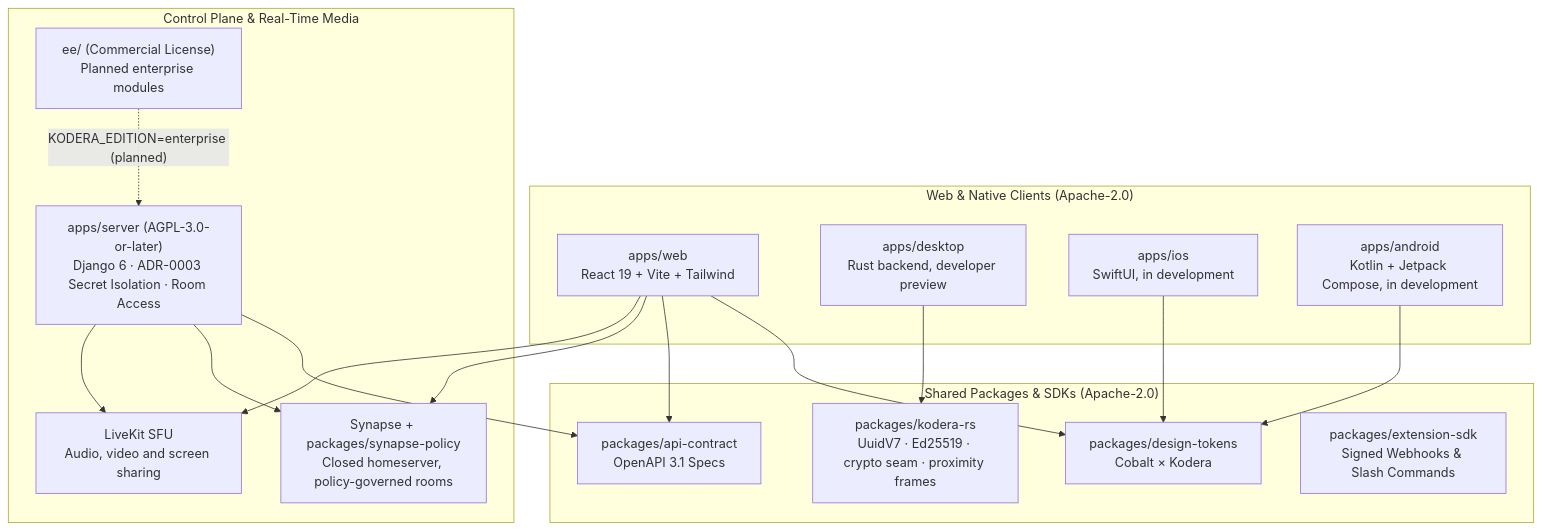
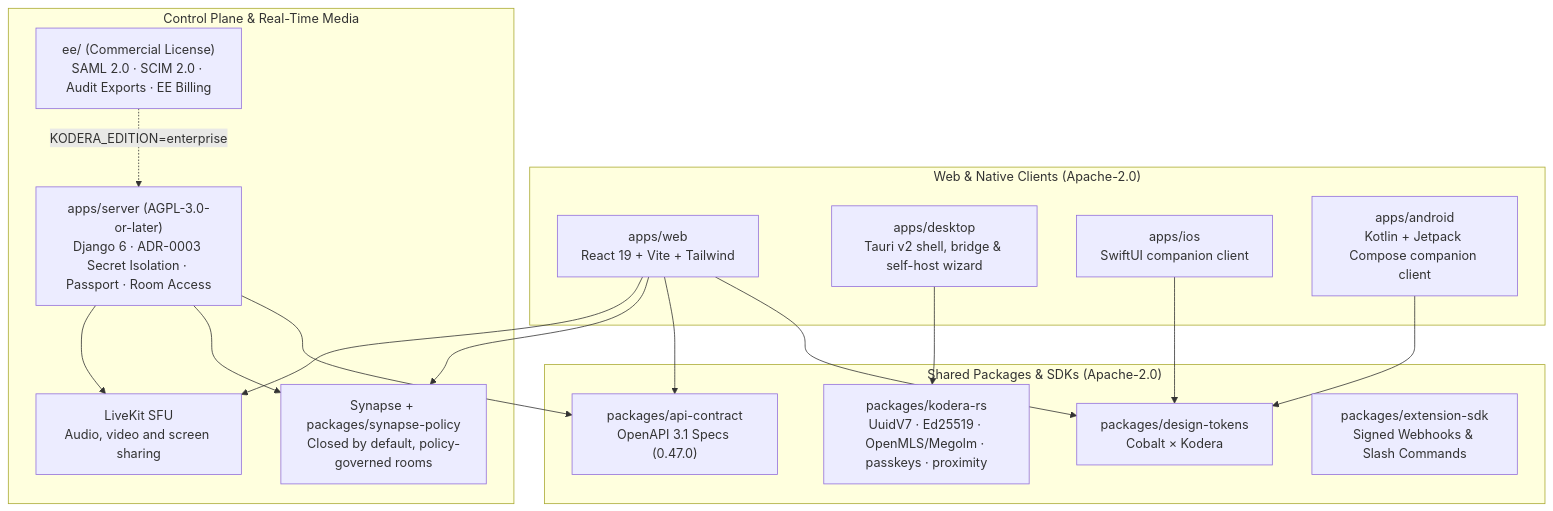
The diagram in README.md (kodera-hq/kodera), drawn with Mermaid before and after one commit. The commit also changed other lines of this file and 4 other files, not shown here.

````diff
--- a/README.md
+++ b/README.md
@@ -70,42 +85,42 @@
 ```mermaid
 flowchart TB
   subgraph Clients["Web & Native Clients (Apache-2.0)"]
     WEB["`apps/web
 React 19 + Vite + Tailwind`"]
     DESK["`apps/desktop
-Rust backend, developer preview`"]
+Tauri v2 shell, bridge & self-host wizard`"]
     IOS["`apps/ios
-SwiftUI, in development`"]
+SwiftUI companion client`"]
     AND["`apps/android
-Kotlin + Jetpack Compose, in development`"]
+Kotlin + Jetpack Compose companion client`"]
   end
 
   subgraph Shared["Shared Packages & SDKs (Apache-2.0)"]
     RS["`packages/kodera-rs
-UuidV7 · Ed25519 · crypto seam · proximity frames`"]
+UuidV7 · Ed25519 · OpenMLS/Megolm · passkeys · proximity`"]
     TOK["`packages/design-tokens
 Cobalt × Kodera`"]
     API["`packages/api-contract
-OpenAPI 3.1 Specs`"]
+OpenAPI 3.1 Specs (0.47.0)`"]
     SDK["`packages/extension-sdk
 Signed Webhooks & Slash Commands`"]
   end
 
   subgraph Backend["Control Plane & Real-Time Media"]
     SRV["`apps/server (AGPL-3.0-or-later)
-Django 6 · ADR-0003 Secret Isolation · Room Access`"]
+Django 6 · ADR-0003 Secret Isolation · Passport · Room Access`"]
     SYN["`Synapse + packages/synapse-policy
-Closed homeserver, policy-governed rooms`"]
+Closed by default, policy-governed rooms`"]
     LK["`LiveKit SFU
 Audio, video and screen sharing`"]
     EE["`ee/ (Commercial License)
-Planned enterprise modules`"]
+SAML 2.0 · SCIM 2.0 · Audit Exports · EE Billing`"]
   end
 
   WEB --> TOK & API
   WEB --> SYN & LK
   DESK --> RS
   IOS & AND --> TOK
   SRV --> API & SYN & LK
-  EE -. "KODERA_EDITION=enterprise (planned)" .-> SRV
+  EE -. "KODERA_EDITION=enterprise" .-> SRV
 ```
````
